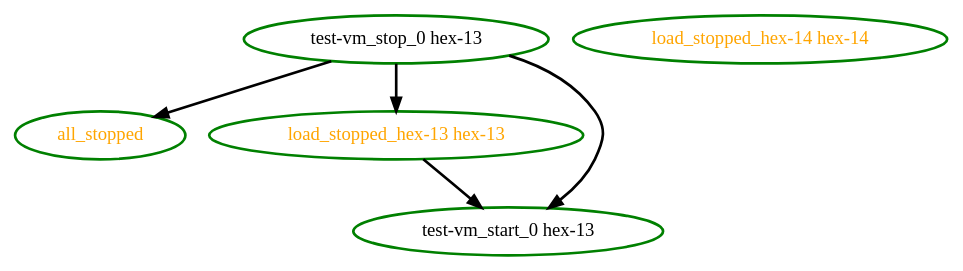
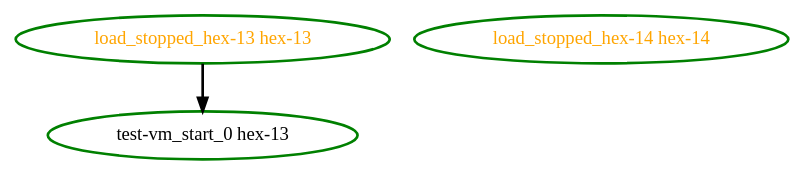
Before and after one commit to ClusterLabs/pacemaker: the diagram in pengine/test10/migrate-fail-7.dot, drawn with Graphviz. The commit also changed 69 other files, not shown here.

```diff
--- a/pengine/test10/migrate-fail-7.dot
+++ b/pengine/test10/migrate-fail-7.dot
@@ -1,11 +1,6 @@
 digraph "g" {
-"all_stopped" [ style=bold color="green" fontcolor="orange" ]
 "load_stopped_hex-13 hex-13" -> "test-vm_start_0 hex-13" [ style = bold]
 "load_stopped_hex-13 hex-13" [ style=bold color="green" fontcolor="orange" ]
 "load_stopped_hex-14 hex-14" [ style=bold color="green" fontcolor="orange" ]
 "test-vm_start_0 hex-13" [ style=bold color="green" fontcolor="black" ]
-"test-vm_stop_0 hex-13" -> "all_stopped" [ style = bold]
-"test-vm_stop_0 hex-13" -> "load_stopped_hex-13 hex-13" [ style = bold]
-"test-vm_stop_0 hex-13" -> "test-vm_start_0 hex-13" [ style = bold]
-"test-vm_stop_0 hex-13" [ style=bold color="green" fontcolor="black" ]
 }
```
